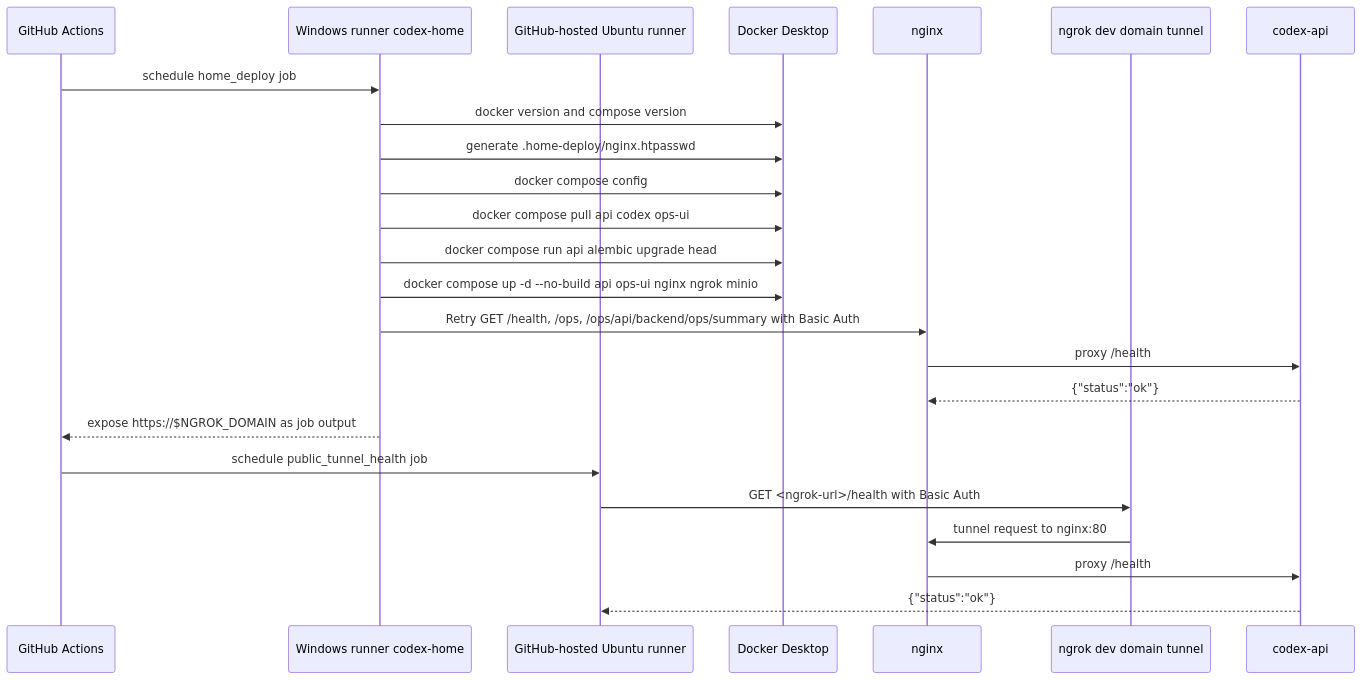
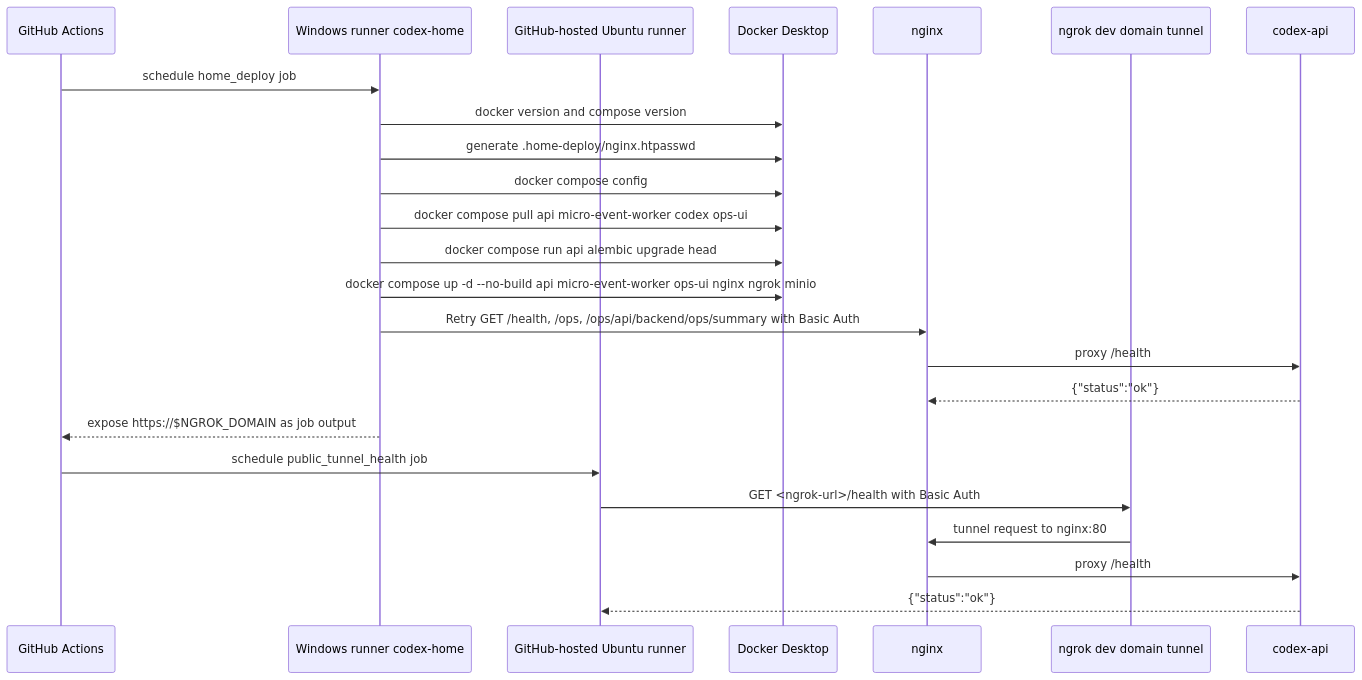
The third of 5 diagrams in docs/CICD.md (Mabaragi/codex-youtube-pipeline), drawn with Mermaid before and after one commit. The commit also changed other lines of this file and 24 other files, not shown here.

Commit message:
feat: add micro event queue worker

````diff
--- a/docs/CICD.md
+++ b/docs/CICD.md
@@ -87,27 +87,27 @@
 ```mermaid
 sequenceDiagram
     participant GH as GitHub Actions
     participant Runner as Windows runner codex-home
     participant PublicRunner as GitHub-hosted Ubuntu runner
     participant Docker as Docker Desktop
     participant Nginx as nginx
     participant Ngrok as ngrok dev domain tunnel
     participant API as codex-api
 
     GH->>Runner: schedule home_deploy job
     Runner->>Docker: docker version and compose version
     Runner->>Docker: generate .home-deploy/nginx.htpasswd
     Runner->>Docker: docker compose config
-    Runner->>Docker: docker compose pull api codex ops-ui
+    Runner->>Docker: docker compose pull api micro-event-worker codex ops-ui
     Runner->>Docker: docker compose run api alembic upgrade head
-    Runner->>Docker: docker compose up -d --no-build api ops-ui nginx ngrok minio
+    Runner->>Docker: docker compose up -d --no-build api micro-event-worker ops-ui nginx ngrok minio
     Runner->>Nginx: Retry GET /health, /ops, /ops/api/backend/ops/summary with Basic Auth
     Nginx->>API: proxy /health
     API-->>Nginx: {"status":"ok"}
     Runner-->>GH: expose https://$NGROK_DOMAIN as job output
     GH->>PublicRunner: schedule public_tunnel_health job
     PublicRunner->>Ngrok: GET <ngrok-url>/health with Basic Auth
     Ngrok->>Nginx: tunnel request to nginx:80
     Nginx->>API: proxy /health
     API-->>PublicRunner: {"status":"ok"}
 ```
````
